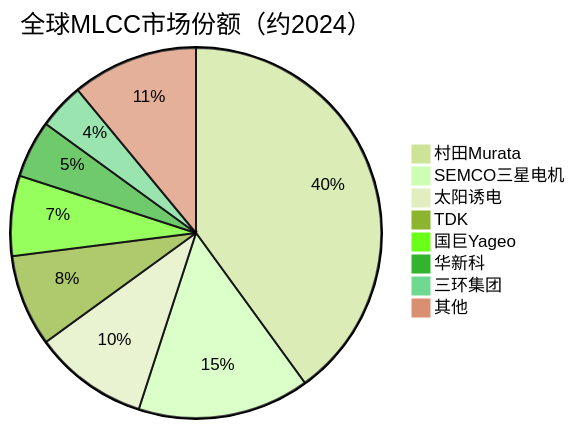
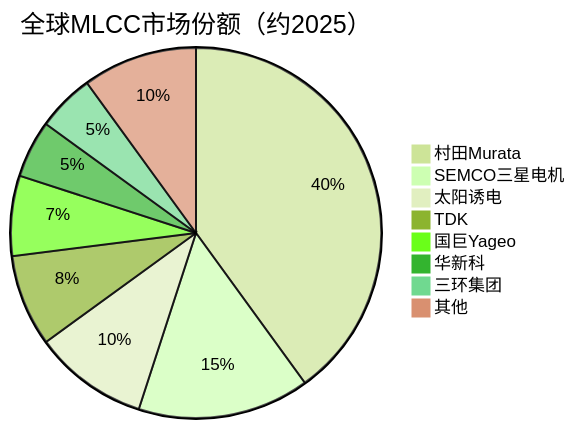
Before and after one commit to blueprint1453/industry-insight: the third of 3 diagrams in AI产业链/细分配套/被动元器件.md, drawn with Mermaid (forest theme). The commit also changed other lines of this file and 78 other files, not shown here.

````diff
--- a/AI产业链/细分配套/被动元器件.md
+++ b/AI产业链/细分配套/被动元器件.md
@@ -137,11 +137,11 @@
 ```mermaid
-pie title 全球MLCC市场份额（约2024）
+pie title 全球MLCC市场份额（约2025）
     "村田Murata" : 40
     "SEMCO三星电机" : 15
     "太阳诱电" : 10
     "TDK" : 8
     "国巨Yageo" : 7
     "华新科" : 5
-    "三环集团" : 4
-    "其他" : 11
+    "三环集团" : 5
+    "其他" : 10
 ```
````
